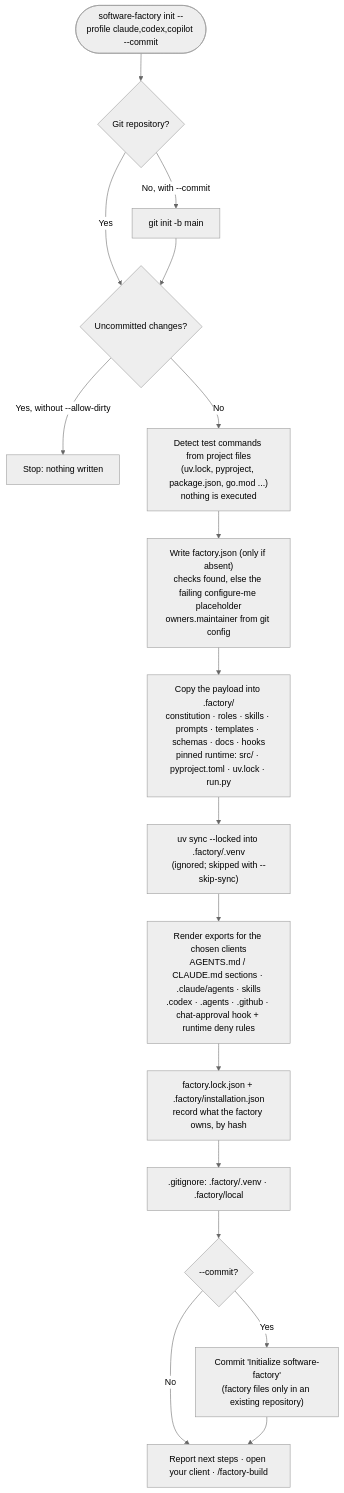
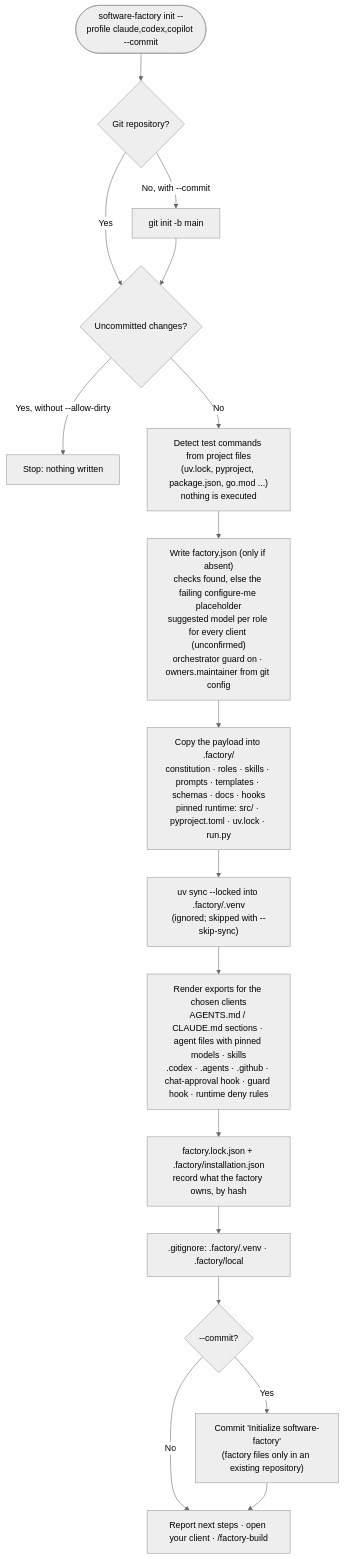
Before and after one commit to reshif/software-factory: the third of 3 diagrams in src/software_factory/data/docs/architecture.md, drawn with Mermaid (neutral theme). The commit also changed other lines of this file and 1 other file, not shown here.

First line of the commit message:
Document every step of /factory-build under the hood

````diff
--- a/src/software_factory/data/docs/architecture.md
+++ b/src/software_factory/data/docs/architecture.md
@@ -94,19 +217,19 @@
 ```mermaid
 flowchart TD
     CMD(["software-factory init --profile claude,codex,copilot --commit"]) --> GIT{"Git repository?"}
     GIT -->|No, with --commit| GINIT["git init -b main"]
     GIT -->|Yes| CLEAN
     GINIT --> CLEAN{"Uncommitted changes?"}
     CLEAN -->|"Yes, without --allow-dirty"| REFUSE["Stop: nothing written"]
     CLEAN -->|No| DETECT["Detect test commands from project files<br/>(uv.lock, pyproject, package.json, go.mod ...)<br/>nothing is executed"]
-    DETECT --> CONFIG["Write factory.json (only if absent)<br/>checks found, else the failing configure-me placeholder<br/>owners.maintainer from git config"]
+    DETECT --> CONFIG["Write factory.json (only if absent)<br/>checks found, else the failing configure-me placeholder<br/>suggested model per role for every client (unconfirmed)<br/>orchestrator guard on · owners.maintainer from git config"]
     CONFIG --> PAYLOAD["Copy the payload into .factory/<br/>constitution · roles · skills · prompts · templates · schemas · docs · hooks<br/>pinned runtime: src/ · pyproject.toml · uv.lock · run.py"]
     PAYLOAD --> SYNC["uv sync --locked into .factory/.venv<br/>(ignored; skipped with --skip-sync)"]
-    SYNC --> RENDER["Render exports for the chosen clients<br/>AGENTS.md / CLAUDE.md sections · .claude/agents · skills<br/>.codex · .agents · .github · chat-approval hook + runtime deny rules"]
+    SYNC --> RENDER["Render exports for the chosen clients<br/>AGENTS.md / CLAUDE.md sections · agent files with pinned models · skills<br/>.codex · .agents · .github · chat-approval hook · guard hook · runtime deny rules"]
     RENDER --> LOCK["factory.lock.json + .factory/installation.json<br/>record what the factory owns, by hash"]
     LOCK --> IGNORE[".gitignore: .factory/.venv · .factory/local"]
     IGNORE --> COMMIT{"--commit?"}
     COMMIT -->|Yes| C["Commit 'Initialize software-factory'<br/>(factory files only in an existing repository)"]
     COMMIT -->|No| NEXT
     C --> NEXT["Report next steps · open your client · /factory-build"]
 ```
````
